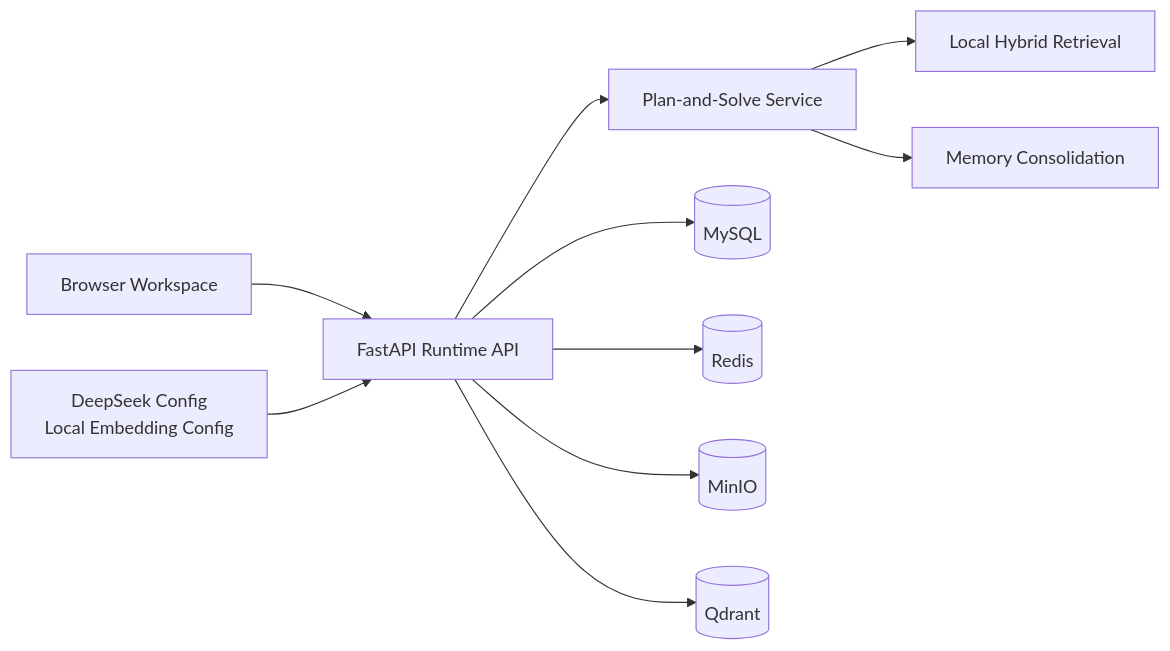
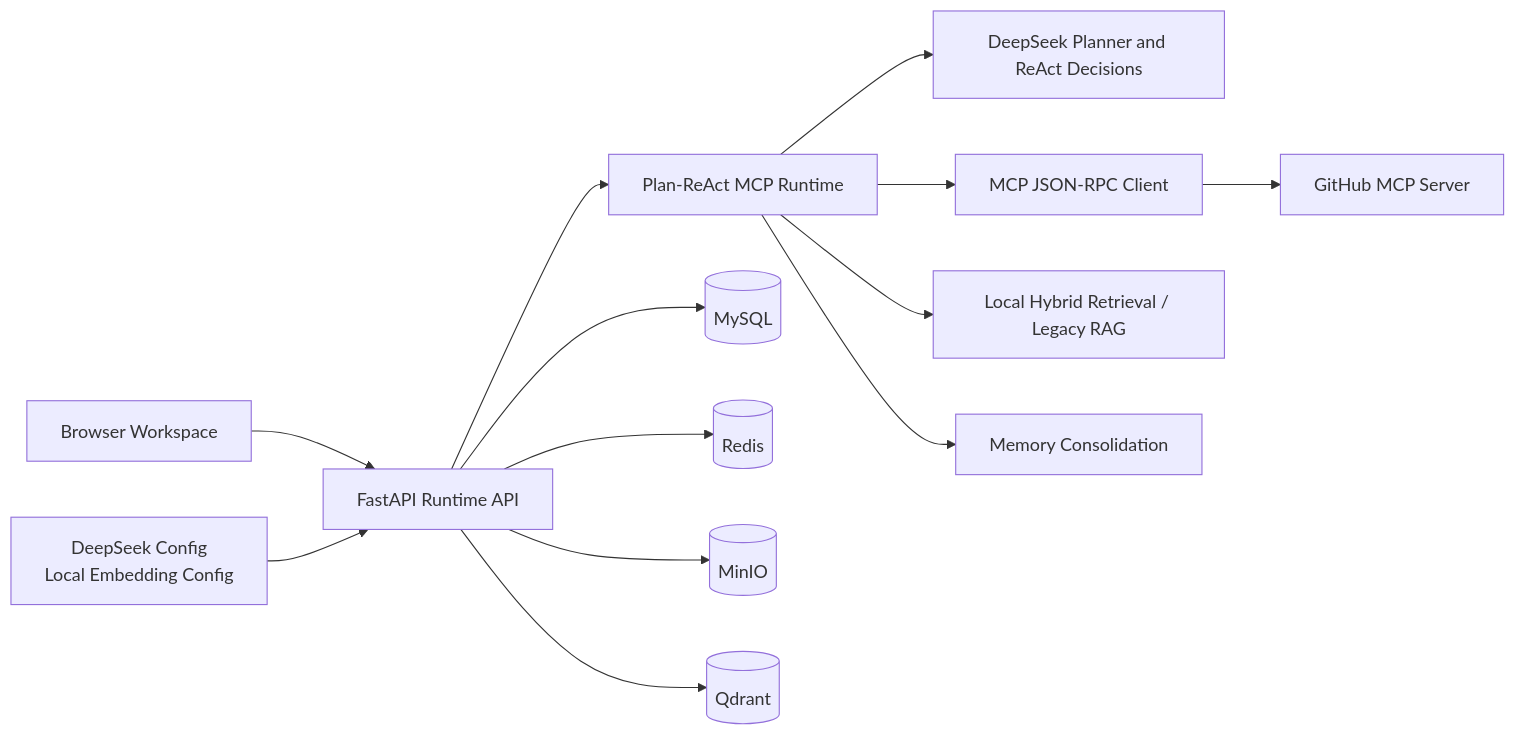
Before and after one commit to dianayyds/research_copilot: the first of 2 diagrams in docs/architecture.md, drawn with Mermaid. The commit also changed other lines of this file and 51 other files, not shown here.

Commit message:
Publish server-ready research runtime

````diff
--- a/docs/architecture.md
+++ b/docs/architecture.md
@@ -9,12 +9,15 @@
 ```mermaid
 flowchart LR
     UI[Browser Workspace] --> API[FastAPI Runtime API]
-    API --> PS[Plan-and-Solve Service]
-    PS --> RET[Local Hybrid Retrieval]
-    PS --> MEM[Memory Consolidation]
+    API --> PRM[Plan-ReAct MCP Runtime]
+    PRM --> LLM[DeepSeek Planner and ReAct Decisions]
+    PRM --> MCP[MCP JSON-RPC Client]
+    MCP --> GH[GitHub MCP Server]
+    PRM --> RET[Local Hybrid Retrieval / Legacy RAG]
+    PRM --> MEM[Memory Consolidation]
     API --> DB[(MySQL)]
     API --> REDIS[(Redis)]
     API --> MINIO[(MinIO)]
     API --> QDRANT[(Qdrant)]
     CFG[DeepSeek Config<br/>Local Embedding Config] --> API
 ```
````
